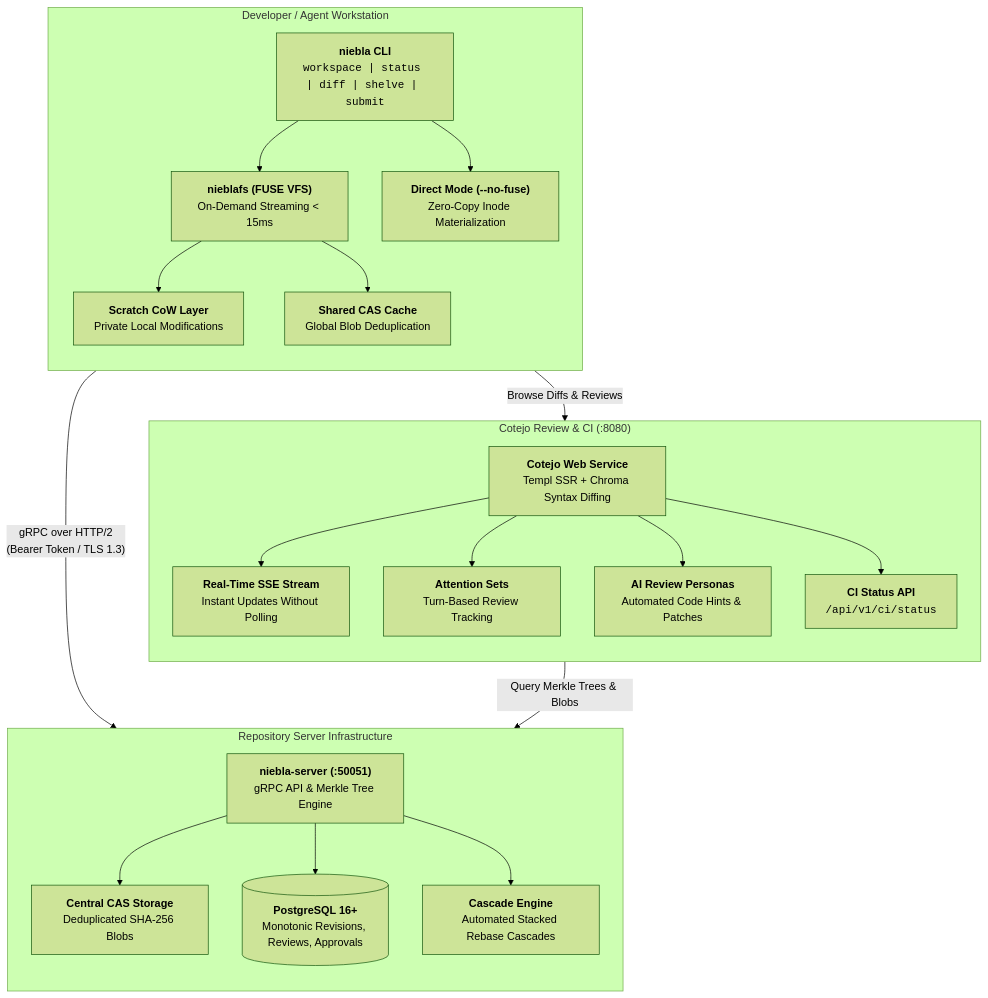
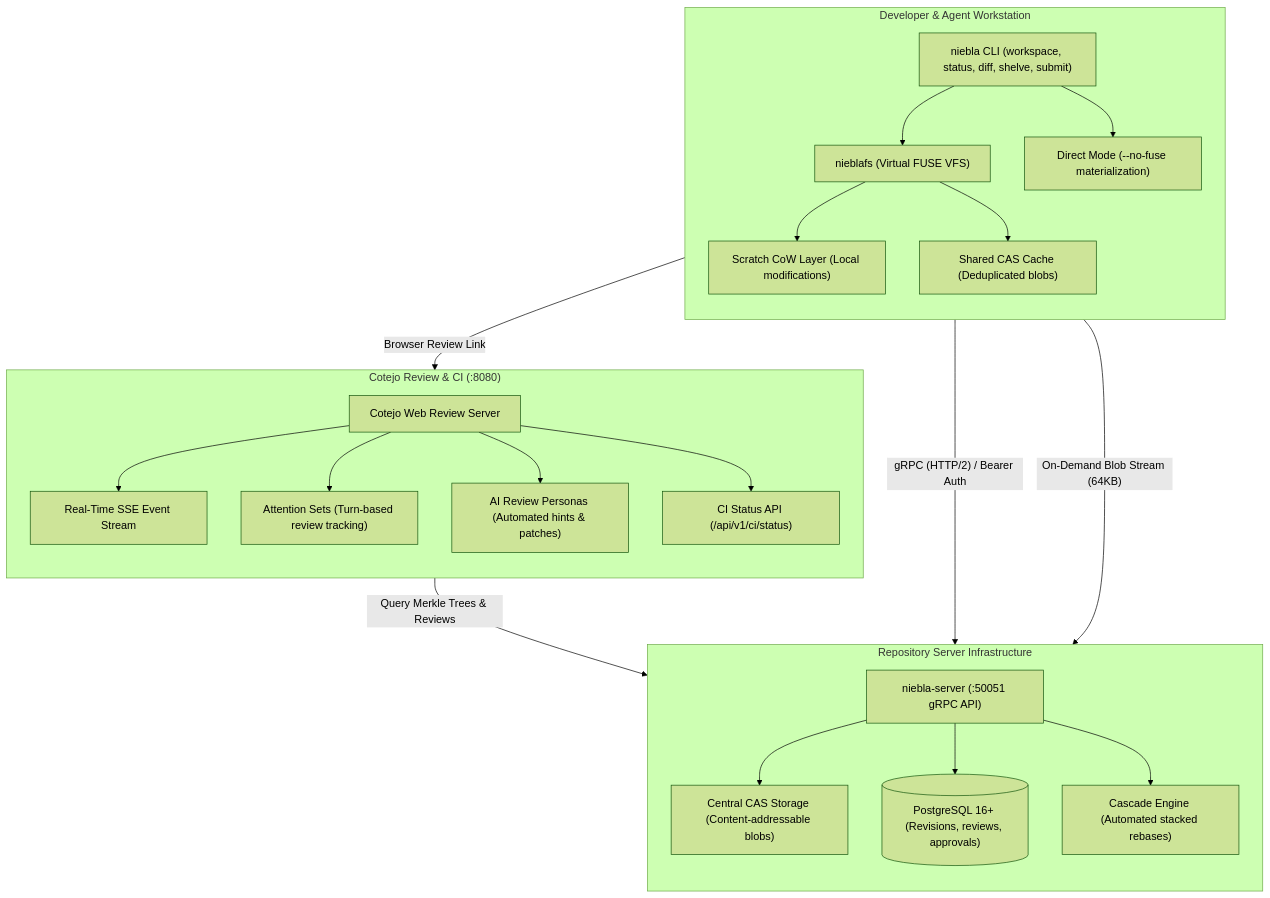
The diagram in README.md (mrtnzjsh/niebla), drawn with Mermaid (forest theme) before and after one commit.

Commit message:
fix(readme): fix Mermaid syntax for universal markdown previewers

````diff
--- a/README.md
+++ b/README.md
@@ -30,46 +30,47 @@
 ```mermaid
 flowchart TD
-    subgraph Workstation["Developer / Agent Workstation"]
+    subgraph Workstation["Developer & Agent Workstation"]
         direction TB
-        CLI["<b>niebla CLI</b><br/><code>workspace | status | diff | shelve | submit</code>"]
-        FS["<b>nieblafs (FUSE VFS)</b><br/>On-Demand Streaming &lt; 15ms"]
-        Direct["<b>Direct Mode (--no-fuse)</b><br/>Zero-Copy Inode Materialization"]
-        Scratch["<b>Scratch CoW Layer</b><br/>Private Local Modifications"]
-        CASLocal["<b>Shared CAS Cache</b><br/>Global Blob Deduplication"]
+        CLI["niebla CLI (workspace, status, diff, shelve, submit)"]
+        FS["nieblafs (Virtual FUSE VFS)"]
+        Direct["Direct Mode (--no-fuse materialization)"]
+        Scratch["Scratch CoW Layer (Local modifications)"]
+        CASLocal["Shared CAS Cache (Deduplicated blobs)"]
 
         CLI --> FS
         CLI --> Direct
         FS --> Scratch
         FS --> CASLocal
     end
 
     subgraph Cluster["Repository Server Infrastructure"]
         direction TB
-        Server["<b>niebla-server (:50051)</b><br/>gRPC API &amp; Merkle Tree Engine"]
-        CASRemote["<b>Central CAS Storage</b><br/>Deduplicated SHA-256 Blobs"]
-        DB[("<b>PostgreSQL 16+</b><br/>Monotonic Revisions, Reviews, Approvals")]
-        Cascade["<b>Cascade Engine</b><br/>Automated Stacked Rebase Cascades"]
+        Server["niebla-server (:50051 gRPC API)"]
+        CASRemote["Central CAS Storage (Content-addressable blobs)"]
+        DB[("PostgreSQL 16+ (Revisions, reviews, approvals)")]
+        Cascade["Cascade Engine (Automated stacked rebases)"]
 
         Server --> CASRemote
         Server --> DB
         Server --> Cascade
     end
 
-    subgraph Web["Cotejo Review &amp; CI (:8080)"]
+    subgraph Web["Cotejo Review & CI (:8080)"]
         direction TB
-        Cotejo["<b>Cotejo Web Service</b><br/>Templ SSR + Chroma Syntax Diffing"]
-        SSE["<b>Real-Time SSE Stream</b><br/>Instant Updates Without Polling"]
-        Attention["<b>Attention Sets</b><br/>Turn-Based Review Tracking"]
-        Agents["<b>AI Review Personas</b><br/>Automated Code Hints &amp; Patches"]
-        CIHub["<b>CI Status API</b><br/><code>/api/v1/ci/status</code>"]
+        Cotejo["Cotejo Web Review Server"]
+        SSE["Real-Time SSE Event Stream"]
+        Attention["Attention Sets (Turn-based review tracking)"]
+        Agents["AI Review Personas (Automated hints & patches)"]
+        CIHub["CI Status API (/api/v1/ci/status)"]
 
         Cotejo --> SSE
         Cotejo --> Attention
         Cotejo --> Agents
         Cotejo --> CIHub
     end
 
-    Workstation -->|"gRPC over HTTP/2<br/>(Bearer Token / TLS 1.3)"| Server
-    Workstation -->|"Browse Diffs &amp; Reviews"| Cotejo
-    Cotejo -->|"Query Merkle Trees &amp; Blobs"| Server
+    CLI -->|"gRPC (HTTP/2) / Bearer Auth"| Server
+    FS -->|"On-Demand Blob Stream (64KB)"| CASRemote
+    CLI -->|"Browser Review Link"| Cotejo
+    Cotejo -->|"Query Merkle Trees & Reviews"| Server
 ```
````
